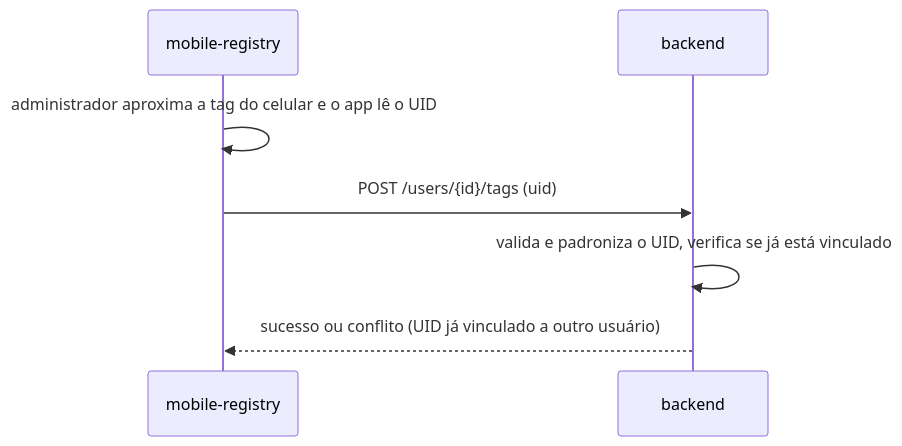
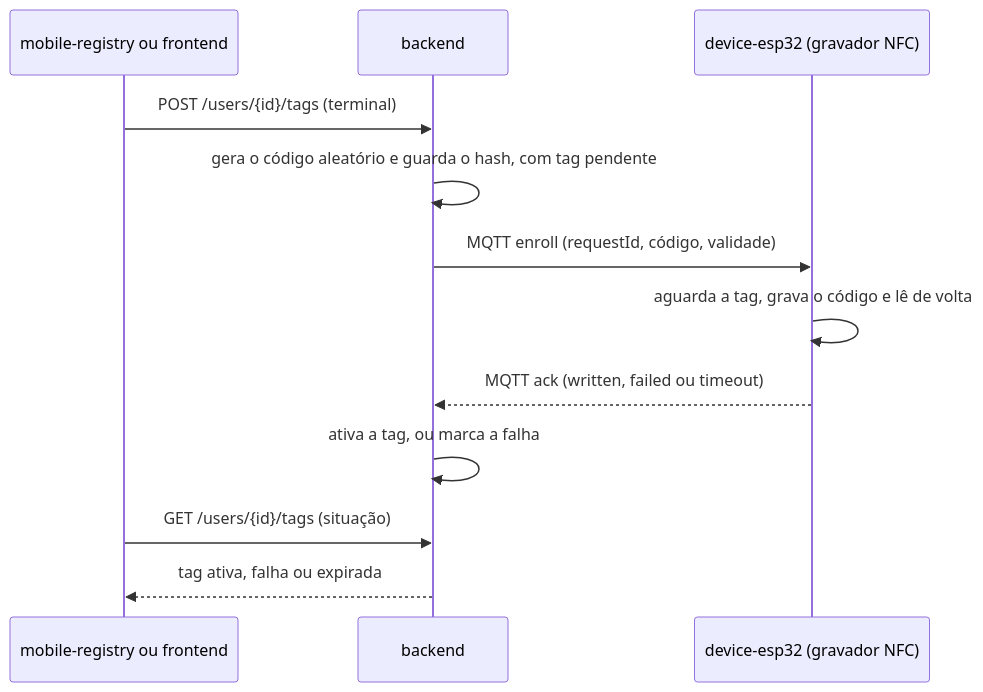
The fourth of 5 diagrams in docs/arquitetura.md (Helloworld-fatec/access-control), drawn with Mermaid before and after one commit. The commit also changed other lines of this file and 1 other file, not shown here.

First line of the commit message:
docs(arquitetura): ESP32 lê e grava as tags; código gerado pelo backend

````diff
--- a/docs/arquitetura.md
+++ b/docs/arquitetura.md
@@ -172,10 +178,15 @@
 ```mermaid
 sequenceDiagram
-  participant A as mobile-registry
+  participant A as mobile-registry ou frontend
   participant B as backend
+  participant E as device-esp32 (gravador NFC)
 
-  A->>A: administrador aproxima a tag do celular e o app lê o UID
-  A->>B: POST /users/{id}/tags (uid)
-  B->>B: valida e padroniza o UID, verifica se já está vinculado
-  B-->>A: sucesso ou conflito (UID já vinculado a outro usuário)
+  A->>B: POST /users/{id}/tags (terminal)
+  B->>B: gera o código aleatório e guarda o hash, com tag pendente
+  B->>E: MQTT enroll (requestId, código, validade)
+  E->>E: aguarda a tag, grava o código e lê de volta
+  E-->>B: MQTT ack (written, failed ou timeout)
+  B->>B: ativa a tag, ou marca a falha
+  A->>B: GET /users/{id}/tags (situação)
+  B-->>A: tag ativa, falha ou expirada
 ```
````
